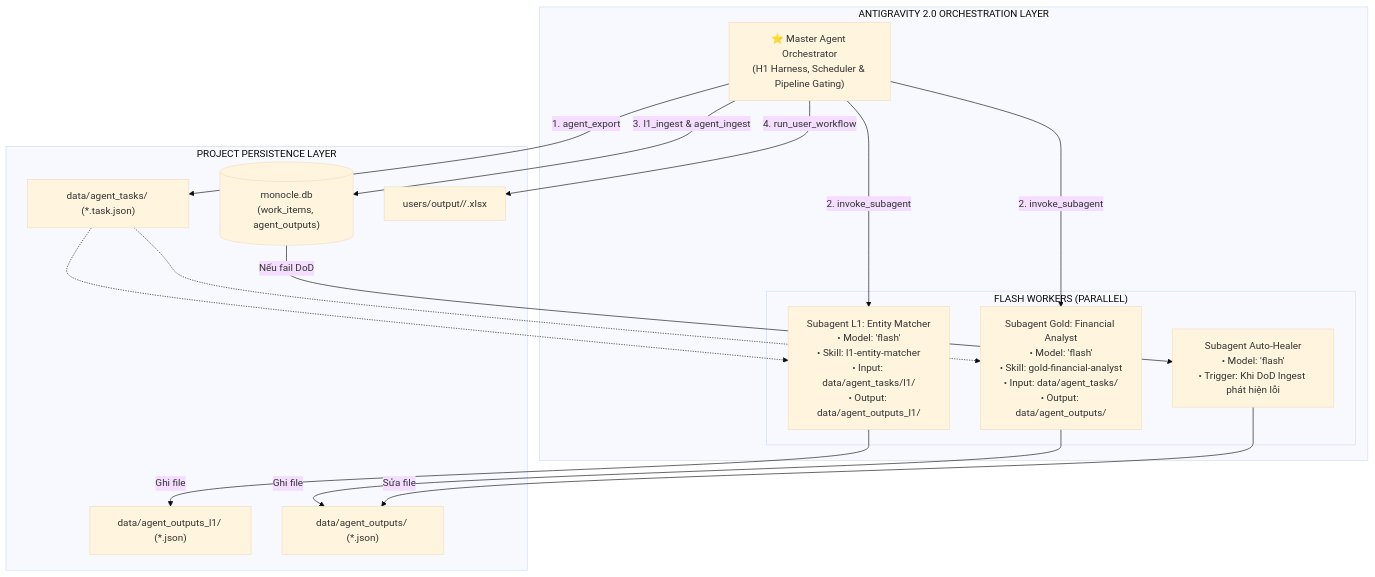
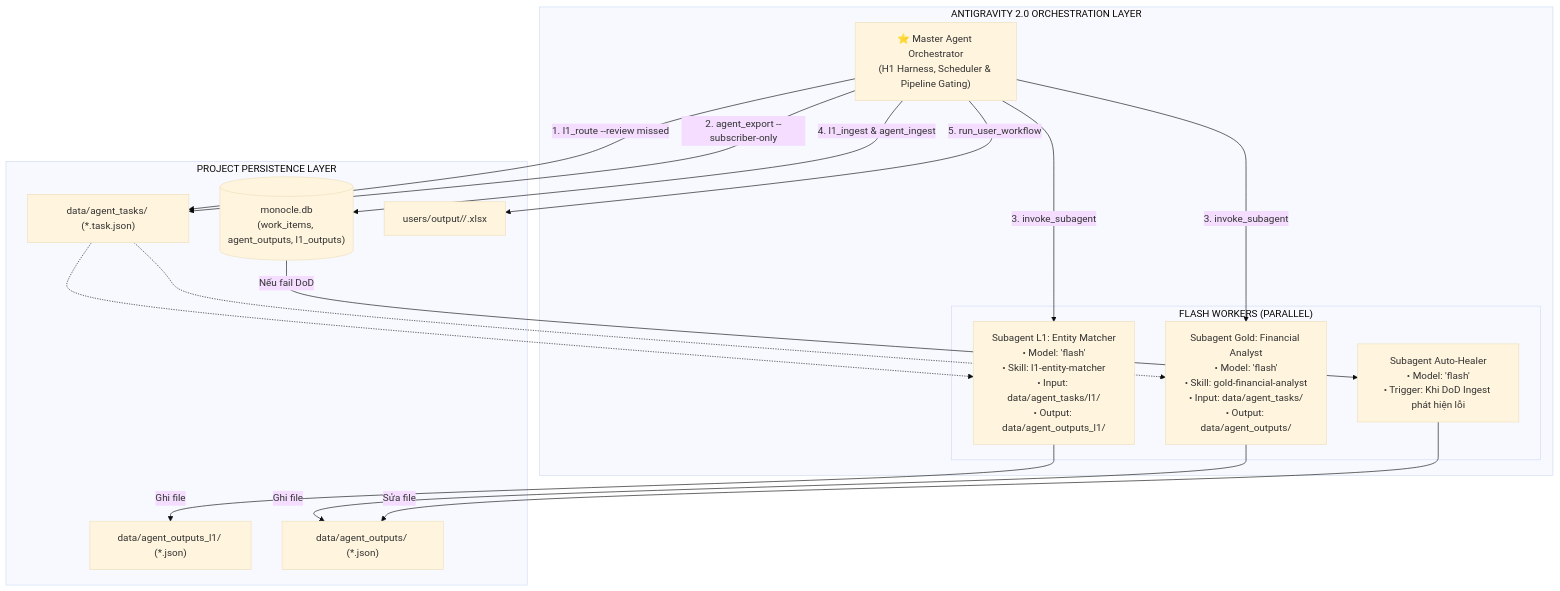
Before and after one commit to Tuanan172-py/fts-news-scape: the diagram in project/docs/design/15-antigravity-multi-agent-orchestration.md, drawn with Mermaid (base theme). The commit also changed other lines of this file and 205 other files, not shown here.

Commit message:
feat: token optimization, L1 precision & recall v2, and customizable gold export (ADR 0005, US-009/010/011)

````diff
--- a/project/docs/design/15-antigravity-multi-agent-orchestration.md
+++ b/project/docs/design/15-antigravity-multi-agent-orchestration.md
@@ -26,36 +26,37 @@
 ```mermaid
 flowchart TD
     subgraph ORCHESTRATION["ANTIGRAVITY 2.0 ORCHESTRATION LAYER"]
         MASTER["⭐ Master Agent Orchestrator<br/>(H1 Harness, Scheduler & Pipeline Gating)"]
         
         subgraph WORKERS["FLASH WORKERS (PARALLEL)"]
             L1["Subagent L1: Entity Matcher<br/>• Model: 'flash'<br/>• Skill: l1-entity-matcher<br/>• Input: data/agent_tasks/l1/<br/>• Output: data/agent_outputs_l1/"]
             GOLD["Subagent Gold: Financial Analyst<br/>• Model: 'flash'<br/>• Skill: gold-financial-analyst<br/>• Input: data/agent_tasks/<br/>• Output: data/agent_outputs/"]
             HEALER["Subagent Auto-Healer<br/>• Model: 'flash'<br/>• Trigger: Khi DoD Ingest phát hiện lỗi"]
         end
     end
 
     subgraph STORAGE["PROJECT PERSISTENCE LAYER"]
         TASKS["data/agent_tasks/ (*.task.json)"]
         OUT_L1["data/agent_outputs_l1/ (*.json)"]
         OUT_GOLD["data/agent_outputs/ (*.json)"]
-        DB[("monocle.db<br/>(work_items, agent_outputs)")]
+        DB[("monocle.db<br/>(work_items, agent_outputs, l1_outputs)")]
         USER_CSV["users/output/<user>/<date>.xlsx"]
     end
 
-    MASTER -->|1. agent_export| TASKS
-    MASTER -->|2. invoke_subagent| L1
-    MASTER -->|2. invoke_subagent| GOLD
+    MASTER -->|1. l1_route --review missed| TASKS
+    MASTER -->|2. agent_export --subscriber-only| TASKS
+    MASTER -->|3. invoke_subagent| L1
+    MASTER -->|3. invoke_subagent| GOLD
     
     TASKS -.-> L1
     TASKS -.-> GOLD
     
     L1 -->|Ghi file| OUT_L1
     GOLD -->|Ghi file| OUT_GOLD
     
-    MASTER -->|3. l1_ingest & agent_ingest| DB
+    MASTER -->|4. l1_ingest & agent_ingest| DB
     DB -->|Nếu fail DoD| HEALER
     HEALER -->|Sửa file| OUT_GOLD
     
-    MASTER -->|4. run_user_workflow| USER_CSV
+    MASTER -->|5. run_user_workflow| USER_CSV
 ```
````
